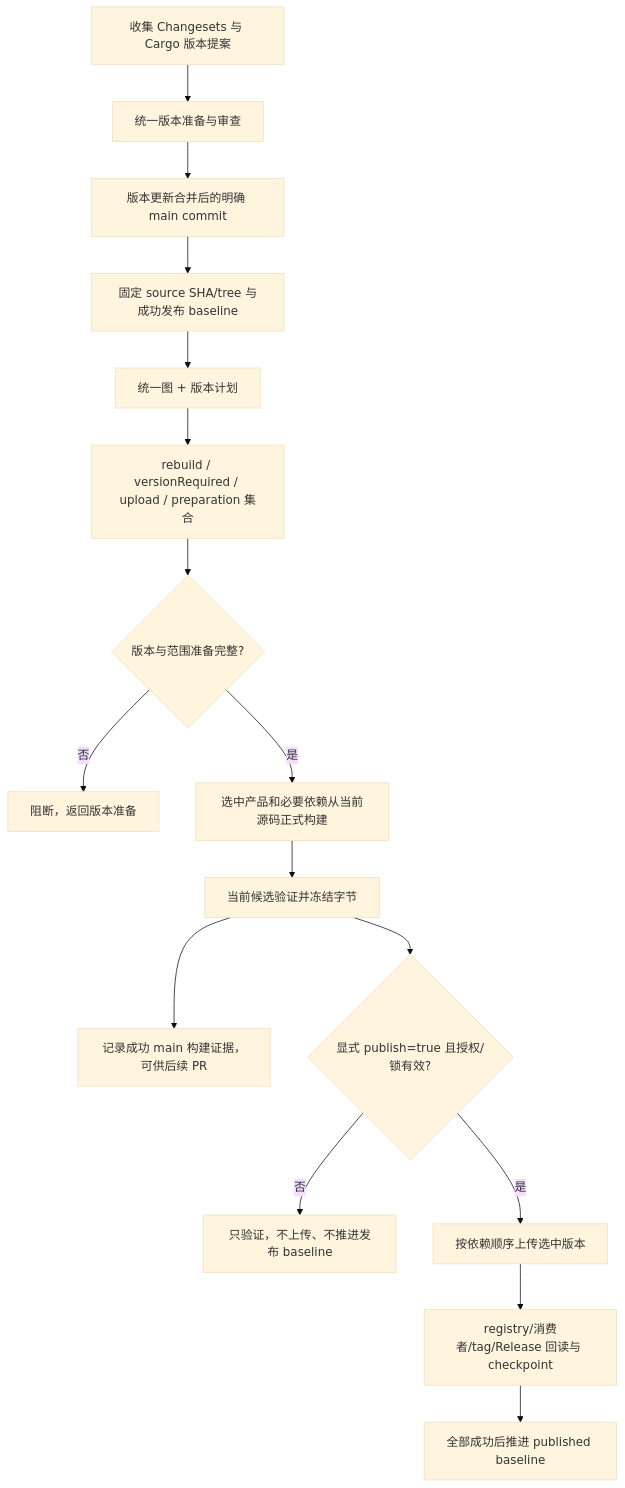
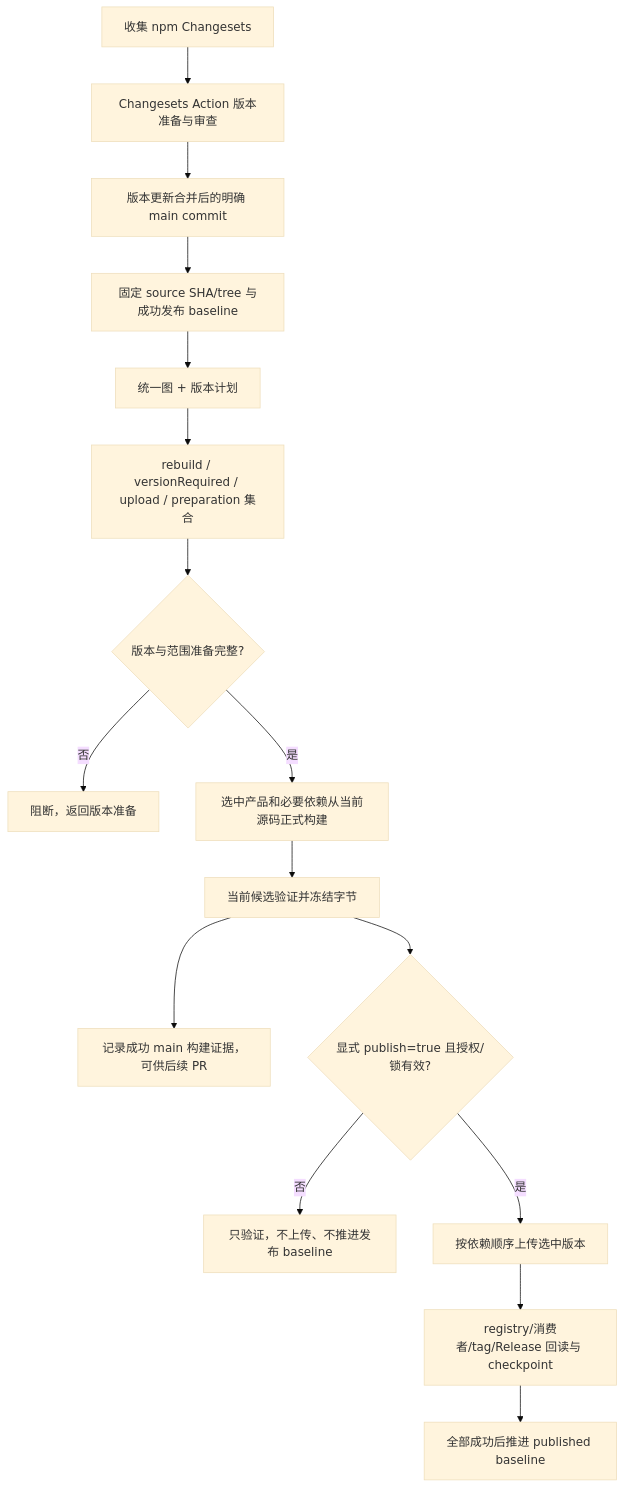
The second of 2 diagrams in docs/releases/incremental-ci-release-design.md (farm-fe/farm), drawn with Mermaid (base theme) before and after one commit. The commit also changed other lines of this file and 69 other files, not shown here.

````diff
--- a/docs/releases/incremental-ci-release-design.md
+++ b/docs/releases/incremental-ci-release-design.md
@@ -209,18 +250,18 @@
 ```mermaid
 flowchart TD
-  I[收集 Changesets 与 Cargo 版本提案] --> VP[统一版本准备与审查]
+  I[收集 npm Changesets] --> VP[Changesets Action 版本准备与审查]
   VP --> VC[版本更新合并后的明确 main commit]
   VC --> F[固定 source SHA/tree 与成功发布 baseline]
   F --> G[统一图 + 版本计划]
   G --> D[rebuild / versionRequired / upload / preparation 集合]
   D --> X{版本与范围准备完整?}
   X -->|否| STOP[阻断，返回版本准备]
   X -->|是| B[选中产品和必要依赖从当前源码正式构建]
   B --> V[当前候选验证并冻结字节]
   V --> C[记录成功 main 构建证据，可供后续 PR]
   V --> A{显式 publish=true 且授权/锁有效?}
   A -->|否| DRY[只验证，不上传、不推进发布 baseline]
   A -->|是| U[按依赖顺序上传选中版本]
   U --> READ[registry/消费者/tag/Release 回读与 checkpoint]
   READ --> PB[全部成功后推进 published baseline]
 ```
````
